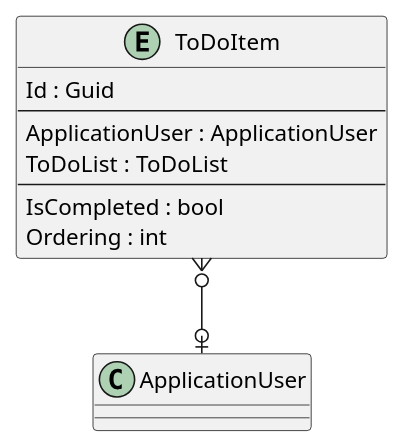
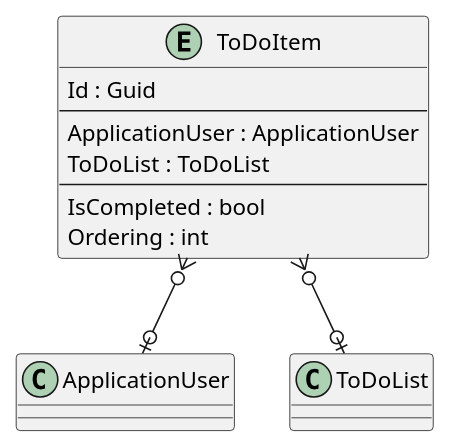
Before and after one commit to intrepion/intrepion_to-do_web_blazor: the diagram in .docs/Intrepion.ToDo.pu, drawn with PlantUML.

```diff
--- a/.docs/Intrepion.ToDo.pu
+++ b/.docs/Intrepion.ToDo.pu
@@ -1,20 +1,21 @@
 @startuml
 
 entity ToDoItem {
     Id : Guid
     --
     ApplicationUser : ApplicationUser
     ToDoList : ToDoList
     ' ToDoItemKeyCodePlaceholder
     --
     IsCompleted : bool
     Ordering : int
     ' ToDoItemPropertyCodePlaceholder
 }
 
 ' EntityCodePlaceholder
 
 ToDoItem }o--o| ApplicationUser
+ToDoItem }o--o| ToDoList
 ' RelationshipCodePlaceholder
 
 @enduml
```
